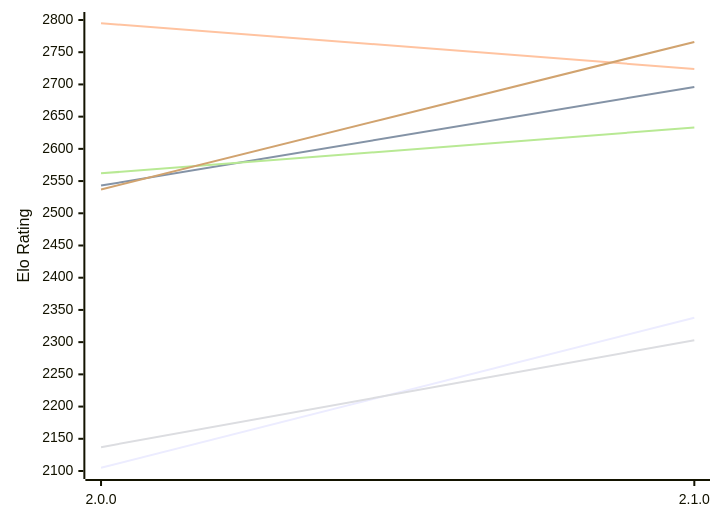
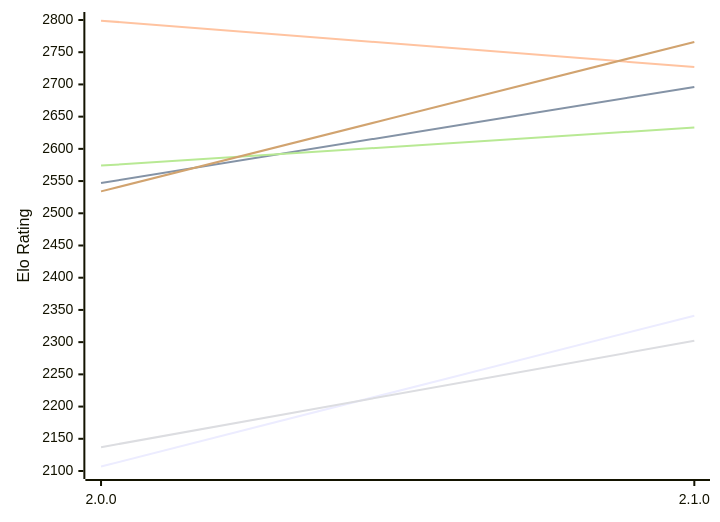
Before and after one commit to computer-chess-index/cci: the first of 2 diagrams in engines/Ratsu.md, drawn with Mermaid. The commit also changed other lines of this file, not shown here.

Commit message:
Update CCI Ratings (ELO VLTC) - 2026-11-22

````diff
--- a/engines/Ratsu.md
+++ b/engines/Ratsu.md
@@ -54,12 +54,12 @@
 ```mermaid
 %%{init: {"theme":"base","themeVariables":{"seriesColors:['#a3a3a3','#222221','#faa371']}}}%%
 xychart-beta
   x-axis ["2.0.0", "2.1.0"]
   y-axis "Elo Rating" 2100 --> 2800
-  line "E1: STC (8.0+0.08s)" [2105, 2338]
-  line "E1: LTC (60.0+0.60s)" [2543, 2696]
-  line "E1: VLTC (2m24s+1.12s)" [2795, 2724]
-  line "P1: STC (8.0+0.08s)" [2137, 2303]
-  line "P1: LTC (60.0+0.60s)" [2562, 2633]
-  line "P1: VLTC (2m24s+1.12s)" [2537, 2766]
+  line "E1: STC (8.0+0.08s)" [2107, 2341]
+  line "E1: LTC (60.0+0.60s)" [2547, 2696]
+  line "E1: VLTC (2m24s+1.12s)" [2799, 2727]
+  line "P1: STC (8.0+0.08s)" [2137, 2302]
+  line "P1: LTC (60.0+0.60s)" [2574, 2633]
+  line "P1: VLTC (2m24s+1.12s)" [2534, 2766]
 ```
````
